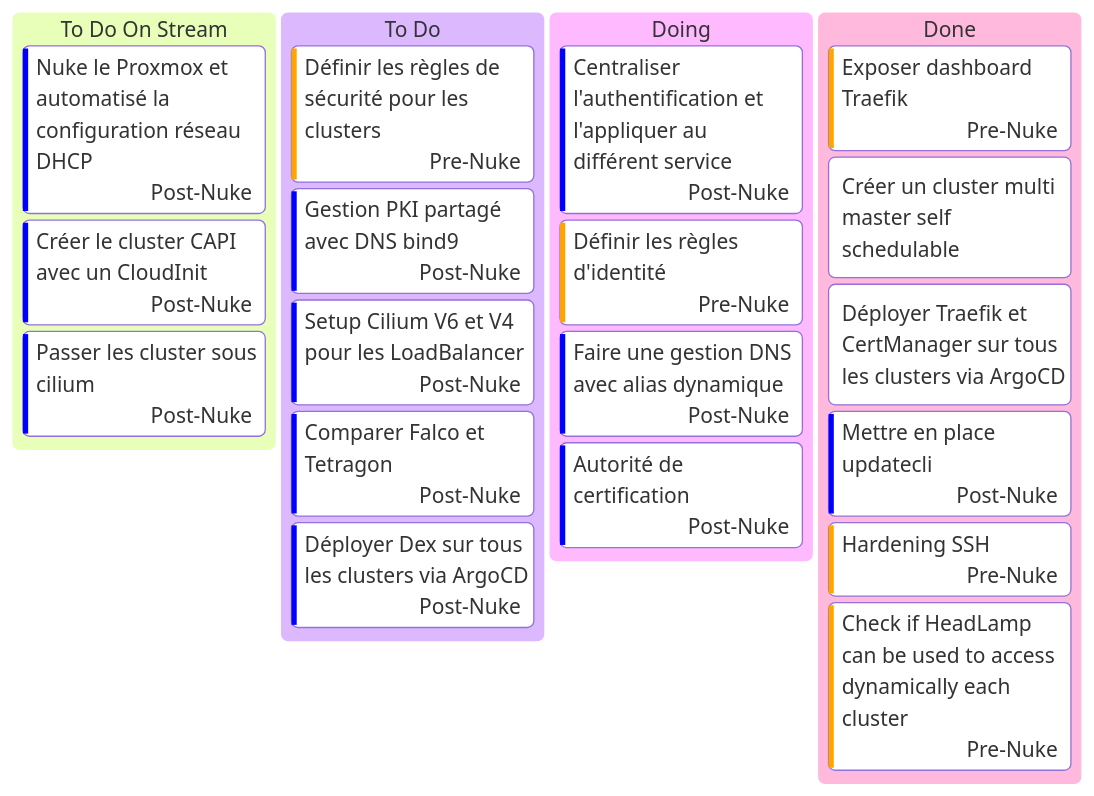
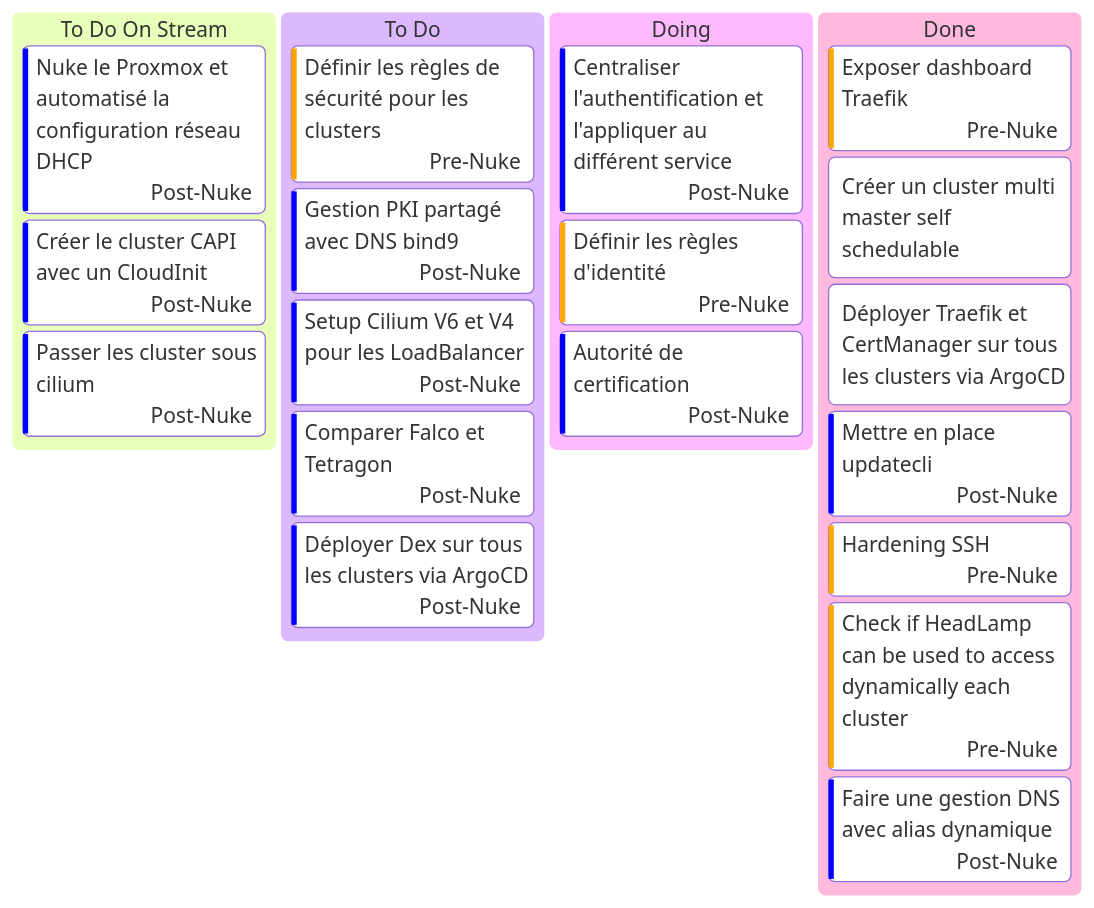
One commit to batleforc/weebo-si changed the diagram in 0.docs/0.introduction/kanban.md. Above: the diagram before and after it, drawn with Mermaid. The commit also changed other lines of this file, not shown here.

````diff
--- a/0.docs/0.introduction/kanban.md
+++ b/0.docs/0.introduction/kanban.md
@@ -3,31 +3,31 @@
 ```mermaid
 ---
 config:
   kanban:
     ticketBaseUrl: 'https://github.com/batleforc/weebo-si/issue/#TICKET#'
 ---
 
 kanban
   todoS[To Do On Stream]
     us4[Nuke le Proxmox et automatisé la configuration réseau DHCP]@{ assigned: Post-Nuke, priority: 'Low'}
     us5[Créer le cluster CAPI avec un CloudInit]@{ assigned: Post-Nuke, priority: 'Low'}
     us6[Passer les cluster sous cilium]@{ assigned: Post-Nuke, priority: 'Low'}
   todo[To Do]
     us3[Définir les règles de sécurité pour les clusters]@{ assigned: Pre-Nuke, priority: 'High'}
     us7[Gestion PKI partagé avec DNS bind9]@{ assigned: Post-Nuke, priority: 'Low'}
     use10[Setup Cilium V6 et V4 pour les LoadBalancer]@{ assigned: Post-Nuke, priority: 'Low'}
     us11[Comparer Falco et Tetragon]@{ assigned: Post-Nuke, priority: 'Low'}
     us14[Déployer Dex sur tous les clusters via ArgoCD]@{ assigned: Post-Nuke, priority: 'Low'}
   doing[Doing]
     use12[Centraliser l'authentification et l'appliquer au différent service]@{ assigned: Post-Nuke, priority: 'Low'}
     us8[Définir les règles d'identité]@{ assigned: Pre-Nuke, priority: 'High'}
-    us15[Faire une gestion DNS avec alias dynamique]@{ assigned: Post-Nuke, priority: 'Low'}
     us16[Autorité de certification]@{ assigned: Post-Nuke, priority: 'Low'}
   done[Done]
     us7[Exposer dashboard Traefik]@{ assigned: Pre-Nuke, priority: 'High'}
     us1[Créer un cluster multi master self schedulable]
     us2[Déployer Traefik et CertManager sur tous les clusters via ArgoCD]
     us9[Mettre en place updatecli]@{ assigned: Post-Nuke, priority: 'Low'}
     us13[Hardening SSH]@{ assigned: Pre-Nuke, priority: 'High'}
     use8[Check if HeadLamp can be used to access dynamically each cluster]@{ assigned: Pre-Nuke, priority: 'High'}
+    us15[Faire une gestion DNS avec alias dynamique]@{ assigned: Post-Nuke, priority: 'Low'}
 ```
````
